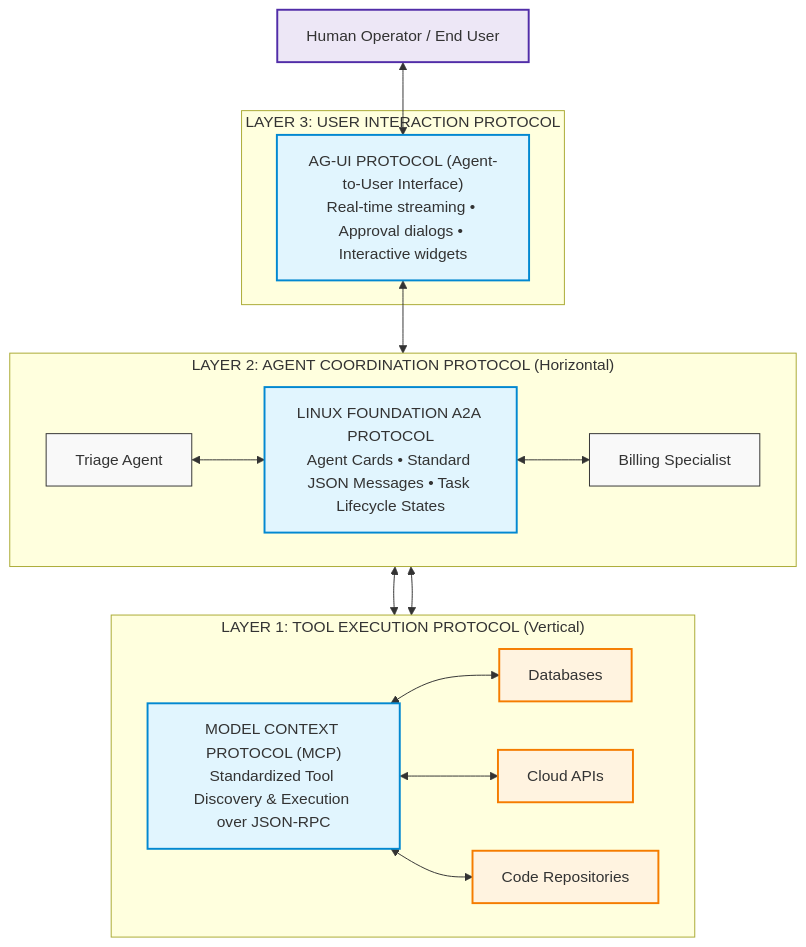
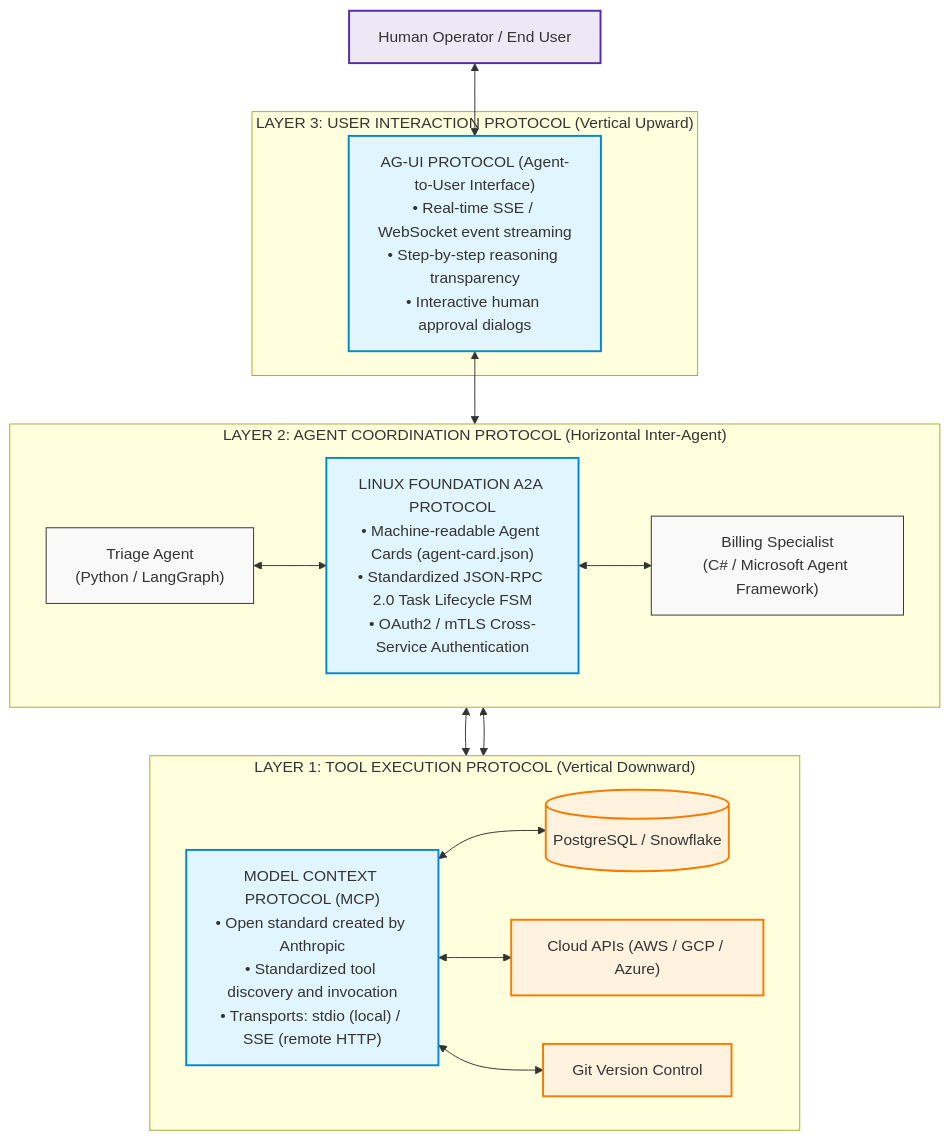
One commit to dip4k/senior-engineer-to-ai-engineer-roadmap changed the fourth of 5 diagrams in 04-agentic-systems-and-orchestration/05-multi-agent-coordination-and-a2a-protocols.md. Above: the diagram before and after it, drawn with Mermaid. The commit also changed other lines of this file and 7 other files, not shown here.

````diff
--- a/04-agentic-systems-and-orchestration/05-multi-agent-coordination-and-a2a-protocols.md
+++ b/04-agentic-systems-and-orchestration/05-multi-agent-coordination-and-a2a-protocols.md
@@ -112,32 +171,32 @@
 ```mermaid
 flowchart TD
     classDef proto fill:#e1f5fe,stroke:#0288d1,stroke-width:2px;
     classDef agent fill:#f9f9f9,stroke:#333,stroke-width:1px;
     classDef ext fill:#fff3e0,stroke:#f57c00,stroke-width:2px;
     classDef human fill:#ede7f6,stroke:#512da8,stroke-width:2px;
 
     Human["Human Operator / End User"]:::human
     
-    subgraph Layer3["LAYER 3: USER INTERACTION PROTOCOL"]
-        AGUI["AG-UI PROTOCOL (Agent-to-User Interface)\nReal-time streaming • Approval dialogs • Interactive widgets"]:::proto
+    subgraph Layer3["LAYER 3: USER INTERACTION PROTOCOL (Vertical Upward)"]
+        AGUI["AG-UI PROTOCOL (Agent-to-User Interface)\n• Real-time SSE / WebSocket event streaming\n• Step-by-step reasoning transparency\n• Interactive human approval dialogs"]:::proto
     end
 
-    subgraph Layer2["LAYER 2: AGENT COORDINATION PROTOCOL (Horizontal)"]
+    subgraph Layer2["LAYER 2: AGENT COORDINATION PROTOCOL (Horizontal Inter-Agent)"]
         direction LR
-        AgentA["Triage Agent"]:::agent
-        A2A["LINUX FOUNDATION A2A PROTOCOL\nAgent Cards • Standard JSON Messages • Task Lifecycle States"]:::proto
-        AgentB["Billing Specialist"]:::agent
+        AgentA["Triage Agent\n(Python / LangGraph)"]:::agent
+        A2A["LINUX FOUNDATION A2A PROTOCOL\n• Machine-readable Agent Cards (agent-card.json)\n• Standardized JSON-RPC 2.0 Task Lifecycle FSM\n• OAuth2 / mTLS Cross-Service Authentication"]:::proto
+        AgentB["Billing Specialist\n(C# / Microsoft Agent Framework)"]:::agent
         AgentA <--> A2A <--> AgentB
     end
 
-    subgraph Layer1["LAYER 1: TOOL EXECUTION PROTOCOL (Vertical)"]
+    subgraph Layer1["LAYER 1: TOOL EXECUTION PROTOCOL (Vertical Downward)"]
         direction LR
-        MCP["MODEL CONTEXT PROTOCOL (MCP)\nStandardized Tool Discovery & Execution over JSON-RPC"]:::proto
-        DB["Databases"]:::ext
-        Cloud["Cloud APIs"]:::ext
-        Git["Code Repositories"]:::ext
+        MCP["MODEL CONTEXT PROTOCOL (MCP)\n• Open standard created by Anthropic\n• Standardized tool discovery and invocation\n• Transports: stdio (local) / SSE (remote HTTP)"]:::proto
+        DB[("PostgreSQL / Snowflake")]:::ext
+        Cloud["Cloud APIs (AWS / GCP / Azure)"]:::ext
+        Git["Git Version Control"]:::ext
     end
 
     Human <--> AGUI <--> AgentA
     AgentA & AgentB <--> MCP <--> DB & Cloud & Git
 ```
````
